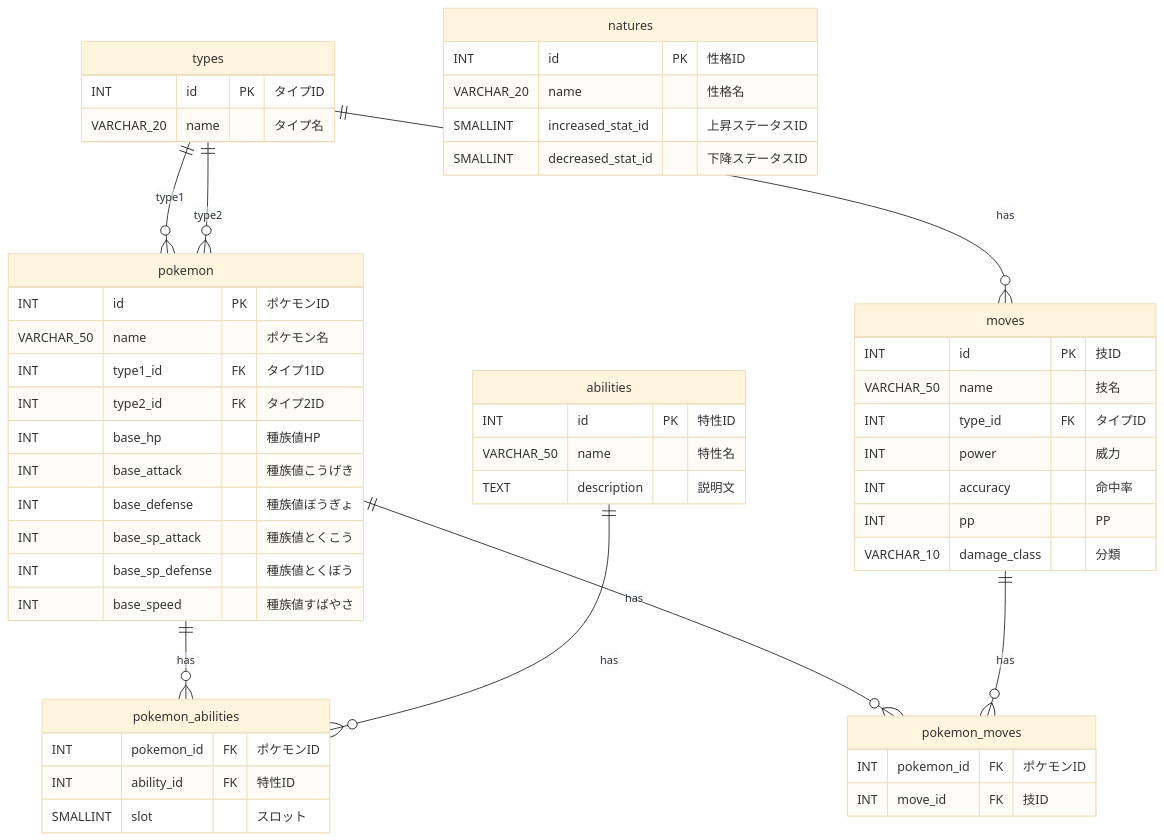
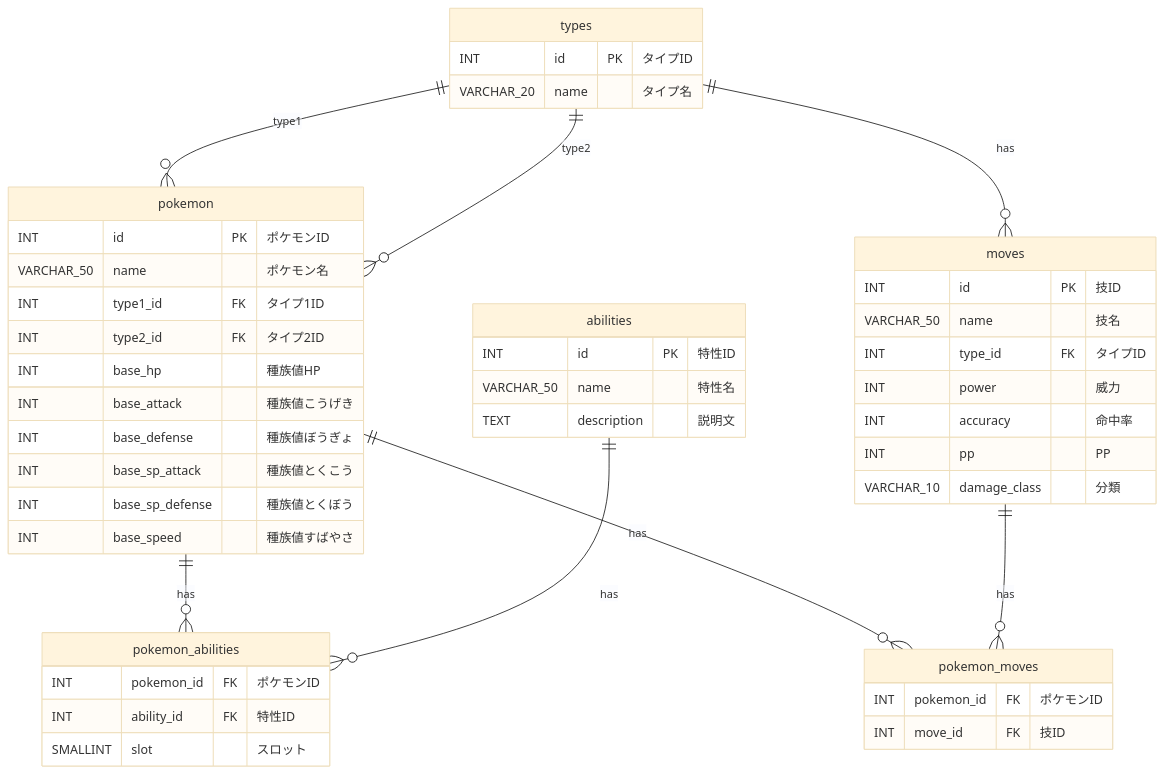
Before and after one commit to Nahaq789/pob: the diagram in docs/er/dex.md, drawn with Mermaid (base theme).

Commit message:
fix: natures削除

````diff
--- a/docs/er/dex.md
+++ b/docs/er/dex.md
@@ -1,63 +1,56 @@
 ```mermaid
 erDiagram
     types {
         INT id PK "タイプID"
         VARCHAR_20 name "タイプ名"
     }
 
     pokemon {
         INT id PK "ポケモンID"
         VARCHAR_50 name "ポケモン名"
         INT type1_id FK "タイプ1ID"
         INT type2_id FK "タイプ2ID"
         INT base_hp "種族値HP"
         INT base_attack "種族値こうげき"
         INT base_defense "種族値ぼうぎょ"
         INT base_sp_attack "種族値とくこう"
         INT base_sp_defense "種族値とくぼう"
         INT base_speed "種族値すばやさ"
     }
 
     abilities {
         INT id PK "特性ID"
         VARCHAR_50 name "特性名"
         TEXT description "説明文"
     }
 
     pokemon_abilities {
         INT pokemon_id FK "ポケモンID"
         INT ability_id FK "特性ID"
         SMALLINT slot "スロット"
     }
 
     moves {
         INT id PK "技ID"
         VARCHAR_50 name "技名"
         INT type_id FK "タイプID"
         INT power "威力"
         INT accuracy "命中率"
         INT pp "PP"
         VARCHAR_10 damage_class "分類"
     }
 
-    natures {
-        INT id PK "性格ID"
-        VARCHAR_20 name "性格名"
-        SMALLINT increased_stat_id "上昇ステータスID"
-        SMALLINT decreased_stat_id "下降ステータスID"
-    }
-
     pokemon_moves {
         INT pokemon_id FK "ポケモンID"
         INT move_id FK "技ID"
     }
 
     types ||--o{ pokemon : "type1"
     types ||--o{ pokemon : "type2"
     types ||--o{ moves : "has"
     pokemon ||--o{ pokemon_abilities : "has"
     abilities ||--o{ pokemon_abilities : "has"
     pokemon ||--o{ pokemon_moves : "has"
     moves ||--o{ pokemon_moves : "has"
 
 ```
````
